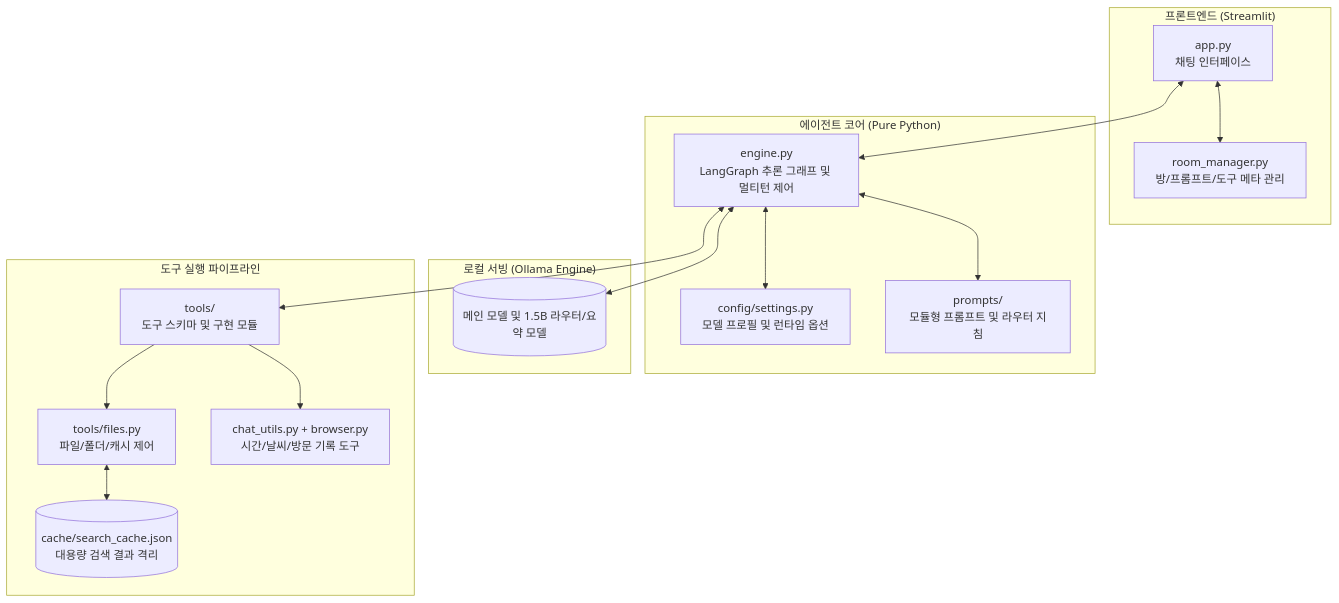
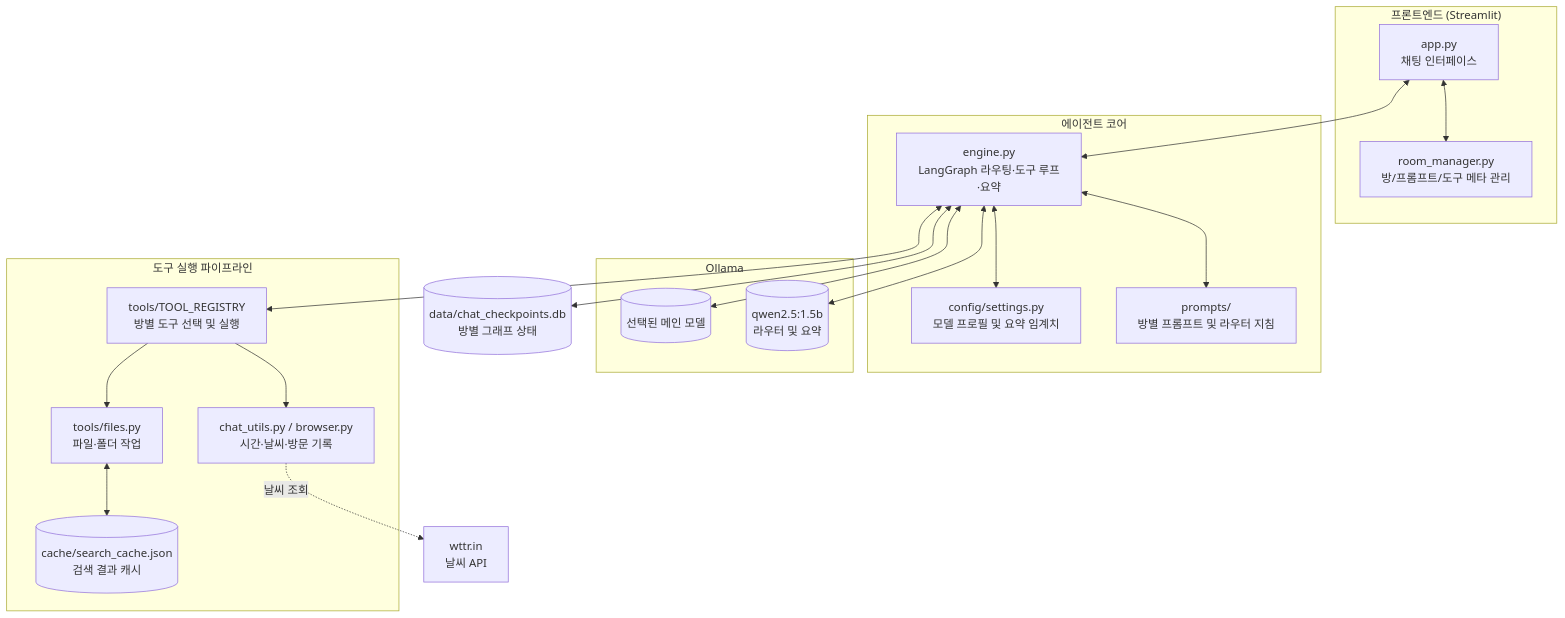
One commit to SungJin-Park530/LocalAgent changed the diagram in README.md. Above: the diagram before and after it, drawn with Mermaid. The commit also changed other lines of this file, not shown here.

````diff
--- a/README.md
+++ b/README.md
@@ -28,34 +51,41 @@
 ```mermaid
 flowchart TB
     subgraph UI ["프론트엔드 (Streamlit)"]
         A[app.py\n채팅 인터페이스]
         B[room_manager.py\n방/프롬프트/도구 메타 관리]
     end
 
-    subgraph Core ["에이전트 코어 (Pure Python)"]
-        C[engine.py\nLangGraph 추론 그래프 및 멀티턴 제어]
-        D[config/settings.py\n모델 프로필 및 런타임 옵션]
-        E[prompts/\n모듈형 프롬프트 및 라우터 지침]
+    subgraph Core ["에이전트 코어"]
+        C[engine.py\nLangGraph 라우팅·도구 루프·요약]
+        D[config/settings.py\n모델 프로필 및 요약 임계치]
+        E[prompts/\n방별 프롬프트 및 라우터 지침]
     end
 
-    subgraph Local_LLM ["로컬 서빙 (Ollama Engine)"]
-        F[(메인 모델 및 1.5B 라우터/요약 모델)]
+    subgraph Local_LLM ["Ollama"]
+        F[(선택된 메인 모델)]
+        L[(qwen2.5:1.5b\n라우터 및 요약)]
     end
 
     subgraph Tools ["도구 실행 파이프라인"]
-        G[tools/\n도구 스키마 및 구현 모듈]
-        H[tools/files.py\n파일/폴더/캐시 제어]
-        I[chat_utils.py + browser.py\n시간/날씨/방문 기록 도구]
-        J[(cache/search_cache.json\n대용량 검색 결과 격리)]
+        G[tools/TOOL_REGISTRY\n방별 도구 선택 및 실행]
+        H[tools/files.py\n파일·폴더 작업]
+        I[chat_utils.py / browser.py\n시간·날씨·방문 기록]
+        J[(cache/search_cache.json\n검색 결과 캐시)]
     end
+
+    K[(data/chat_checkpoints.db\n방별 그래프 상태)]
+    M[wttr.in\n날씨 API]
 
     A <--> B
     A <--> C
     C <--> D
     C <--> E
     C <--> F
+    C <--> L
     C <--> G
     G --> H
     G --> I
     H <--> J
+    C <--> K
+    I -. 날씨 조회 .-> M
 ```
````
